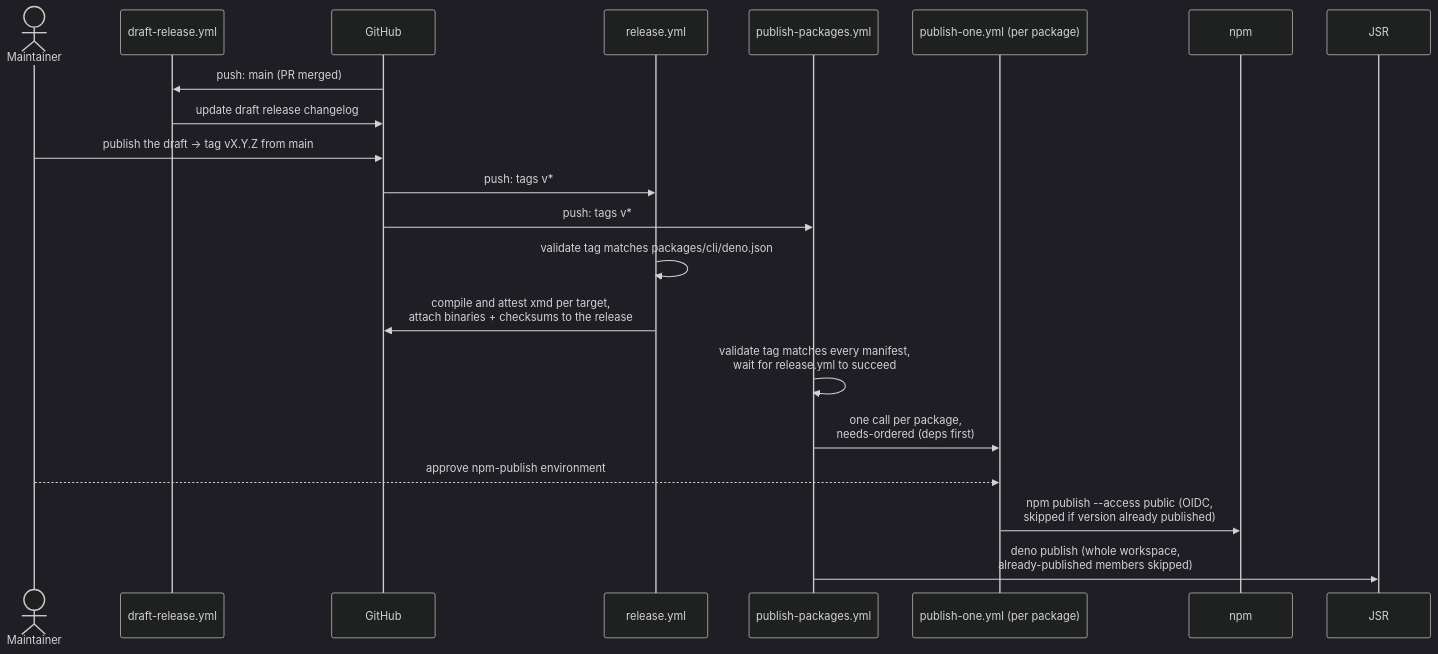
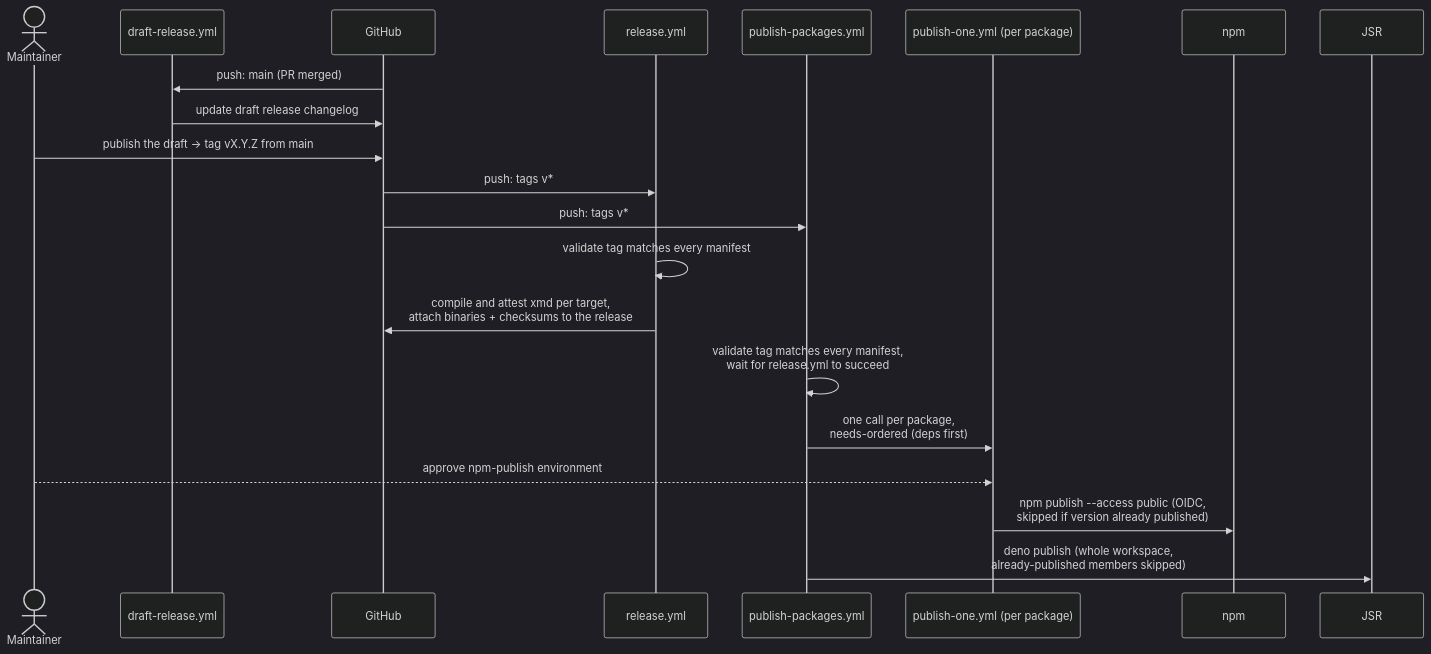
One commit to taras/executable.md changed the diagram in specs/release-process-spec.md. Above: the diagram before and after it, drawn with Mermaid (dark theme). The commit also changed other lines of this file and 11 other files, not shown here.

First line of the commit message:
🛡️ Hold every publishable manifest to one version before the tag (#845)

````diff
--- a/specs/release-process-spec.md
+++ b/specs/release-process-spec.md
@@ -24,24 +24,24 @@
 ```mermaid
 sequenceDiagram
     actor M as Maintainer
     participant DR as draft-release.yml
     participant GH as GitHub
     participant R as release.yml
     participant PP as publish-packages.yml
     participant PO as publish-one.yml (per package)
     participant NPM as npm
     participant JSR as JSR
 
     GH->>DR: push: main (PR merged)
     DR->>GH: update draft release changelog
     M->>GH: publish the draft → tag vX.Y.Z from main
     GH->>R: push: tags v*
     GH->>PP: push: tags v*
-    R->>R: validate tag matches packages/cli/deno.json
+    R->>R: validate tag matches every manifest
     R->>GH: compile and attest xmd per target,<br/>attach binaries + checksums to the release
     PP->>PP: validate tag matches every manifest,<br/>wait for release.yml to succeed
     PP->>PO: one call per package,<br/>needs-ordered (deps first)
     M-->>PO: approve npm-publish environment
     PO->>NPM: npm publish --access public (OIDC,<br/>skipped if version already published)
     PP->>JSR: deno publish (whole workspace,<br/>already-published members skipped)
 ```
````
